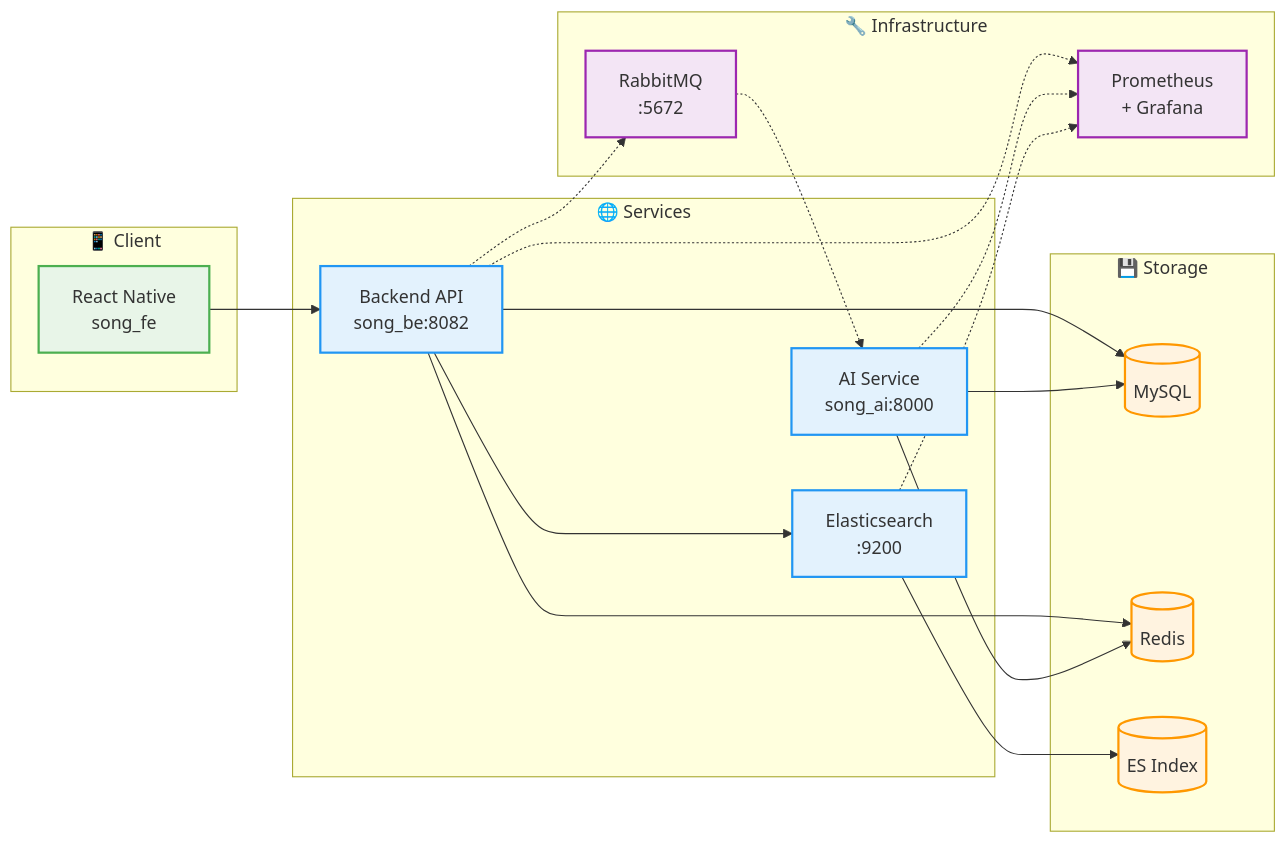
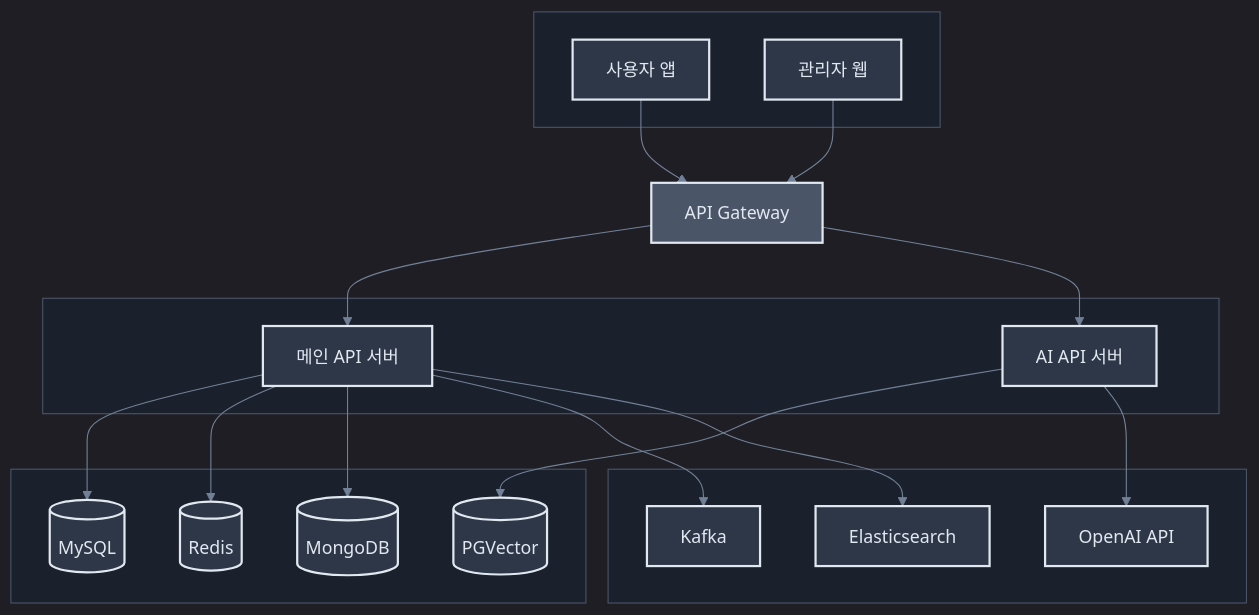
Before and after one commit to Zara8170/songs_be: the first of 3 diagrams in README.md, drawn with Mermaid.

Commit message:
서비스 간 통신 구조 스타일 수정

````diff
--- a/README.md
+++ b/README.md
@@ -100,52 +100,62 @@
 ```mermaid
-graph LR
-    subgraph "📱 Client"
-        FE[React Native<br/>song_fe]
+%%{init: {'theme':'dark', 'themeVariables': { 'primaryColor': '#2D3748', 'primaryTextColor': '#E2E8F0', 'primaryBorderColor': '#4A5568', 'lineColor': '#718096', 'sectionBkgColor': '#1A202C', 'altSectionBkgColor': '#2D3748', 'gridColor': '#4A5568', 'tertiaryColor': '#2D3748'}}}%%
+graph TB
+    subgraph clients [" "]
+        UserApp["사용자 앱"]
+        AdminWeb["관리자 웹"]
     end
 
-    subgraph "🌐 Services"
-        BE[Backend API<br/>song_be:8082]
-        AI[AI Service<br/>song_ai:8000]
-        ES[Elasticsearch<br/>:9200]
+    Gateway["API Gateway"]
+
+    subgraph services [" "]
+        MainAPI["메인 API 서버"]
+        AIAPI["AI API 서버"]
     end
 
-    subgraph "💾 Storage"
-        MySQL[(MySQL)]
-        Redis[(Redis)]
-        ESIdx[(ES Index)]
+    subgraph databases [" "]
+        MySQL[("MySQL")]
+        Redis[("Redis")]
+        MongoDB[("MongoDB")]
+        PGVector[("PGVector")]
     end
 
-    subgraph "🔧 Infrastructure"
-        RMQ[RabbitMQ<br/>:5672]
-        MON[Prometheus<br/>+ Grafana]
+    subgraph middleware [" "]
+        Kafka["Kafka"]
+        Elasticsearch["Elasticsearch"]
+        OpenAI["OpenAI API"]
     end
 
-    %% Main flow
-    FE --> BE
-    BE --> MySQL
-    BE --> Redis
-    BE --> ES
-    ES --> ESIdx
+    %% Client connections
+    UserApp --> Gateway
+    AdminWeb --> Gateway
 
-    %% AI communication
-    BE -.-> RMQ
-    RMQ -.-> AI
-    AI --> MySQL
-    AI --> Redis
+    %% Gateway to services
+    Gateway --> MainAPI
+    Gateway --> AIAPI
 
-    %% Monitoring
-    BE -.-> MON
-    AI -.-> MON
-    ES -.-> MON
+    %% Main API connections
+    MainAPI --> MySQL
+    MainAPI --> Redis
+    MainAPI --> MongoDB
+    MainAPI --> Kafka
+    MainAPI --> Elasticsearch
+
+    %% AI API connections
+    AIAPI --> PGVector
+    AIAPI --> OpenAI
 
     %% Styling
-    classDef frontend fill:#e8f5e8,stroke:#4caf50,stroke-width:2px
-    classDef service fill:#e3f2fd,stroke:#2196f3,stroke-width:2px
-    classDef storage fill:#fff3e0,stroke:#ff9800,stroke-width:2px
-    classDef infra fill:#f3e5f5,stroke:#9c27b0,stroke-width:2px
+    classDef client fill:#2D3748,stroke:#E2E8F0,stroke-width:2px,color:#E2E8F0
+    classDef gateway fill:#4A5568,stroke:#E2E8F0,stroke-width:2px,color:#E2E8F0
+    classDef service fill:#2D3748,stroke:#E2E8F0,stroke-width:2px,color:#E2E8F0
+    classDef database fill:#2D3748,stroke:#E2E8F0,stroke-width:2px,color:#E2E8F0
+    classDef middle fill:#2D3748,stroke:#E2E8F0,stroke-width:2px,color:#E2E8F0
+    classDef subgraphStyle fill:#1A202C,stroke:#4A5568,stroke-width:1px
 
-    class FE frontend
-    class BE,AI,ES service
-    class MySQL,Redis,ESIdx storage
-    class RMQ,MON infra
+    class UserApp,AdminWeb client
+    class Gateway gateway
+    class MainAPI,AIAPI service
+    class MySQL,Redis,MongoDB,PGVector database
+    class Kafka,Elasticsearch,OpenAI middle
+    class clients,services,databases,middleware subgraphStyle
 ```
````
